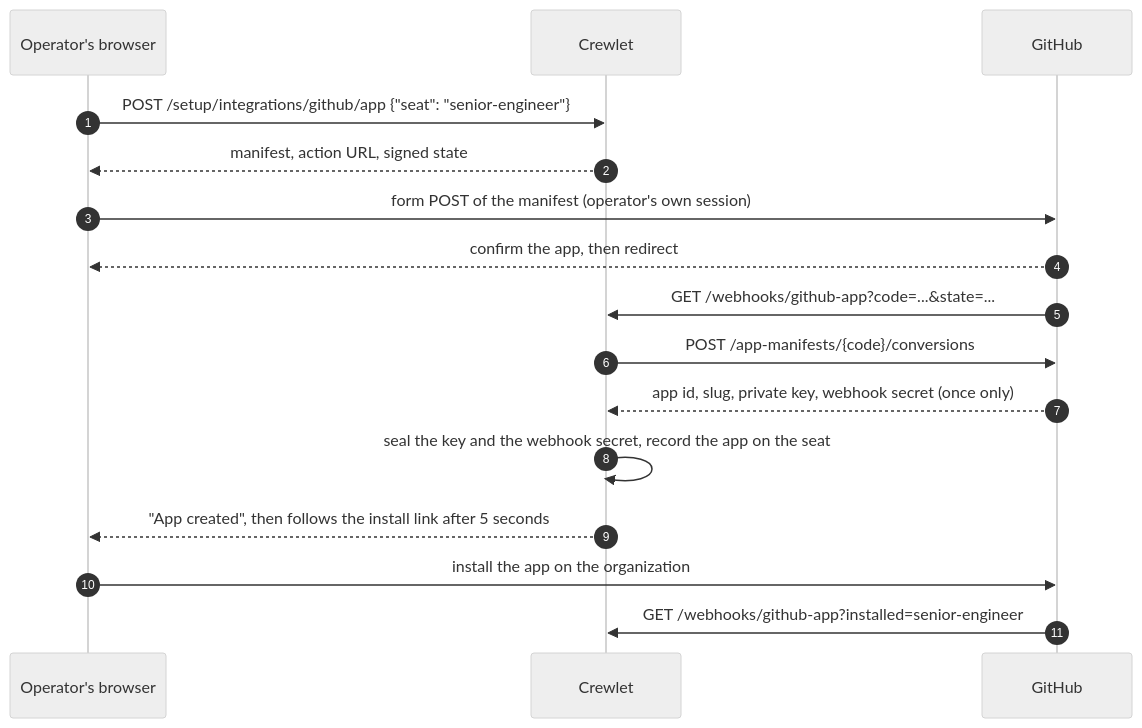
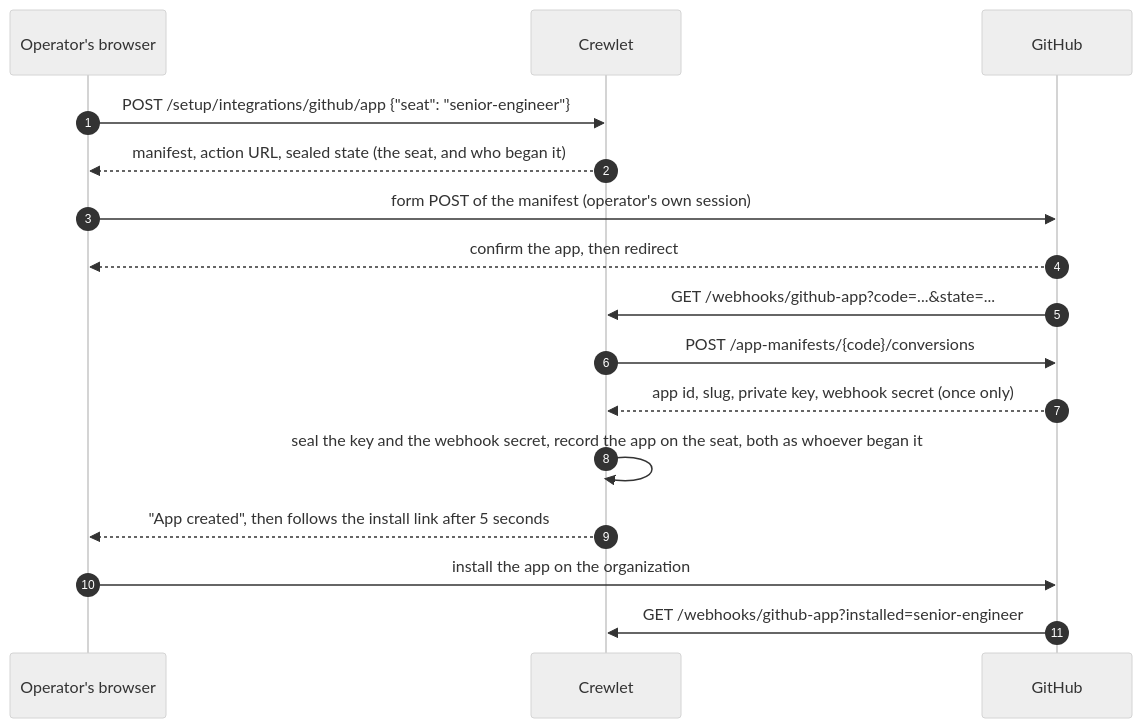
One commit to crewlet/crewlet changed the diagram in docs/integrations/github.md. Above: the diagram before and after it, drawn with Mermaid (neutral theme). The commit also changed other lines of this file and 13 other files, not shown here.

````diff
--- a/docs/integrations/github.md
+++ b/docs/integrations/github.md
@@ -240,19 +240,19 @@
 ```mermaid
 sequenceDiagram
     autonumber
     participant Op as Operator's browser
     participant CL as Crewlet
     participant GH as GitHub
 
     Op->>CL: POST /setup/integrations/github/app {"seat": "senior-engineer"}
-    CL-->>Op: manifest, action URL, signed state
+    CL-->>Op: manifest, action URL, sealed state (the seat, and who began it)
     Op->>GH: form POST of the manifest (operator's own session)
     GH-->>Op: confirm the app, then redirect
     GH->>CL: GET /webhooks/github-app?code=...&state=...
     CL->>GH: POST /app-manifests/{code}/conversions
     GH-->>CL: app id, slug, private key, webhook secret (once only)
-    CL->>CL: seal the key and the webhook secret, record the app on the seat
+    CL->>CL: seal the key and the webhook secret, record the app on the seat, both as whoever began it
     CL-->>Op: "App created", then follows the install link after 5 seconds
     Op->>GH: install the app on the organization
     GH->>CL: GET /webhooks/github-app?installed=senior-engineer
 ```
````
